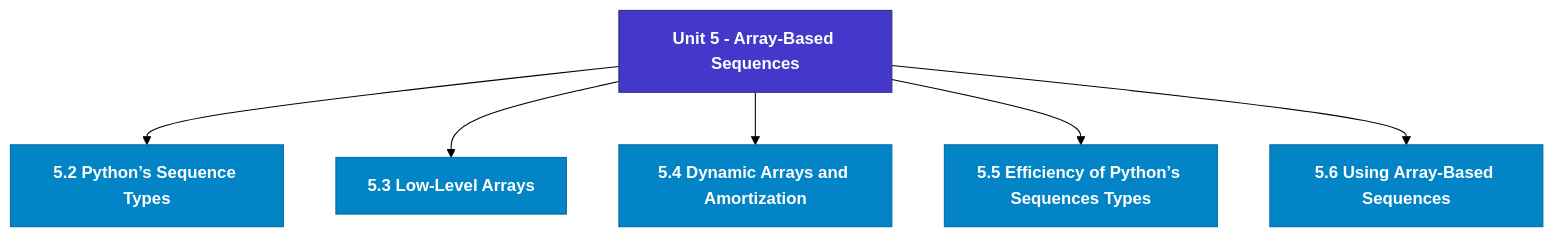
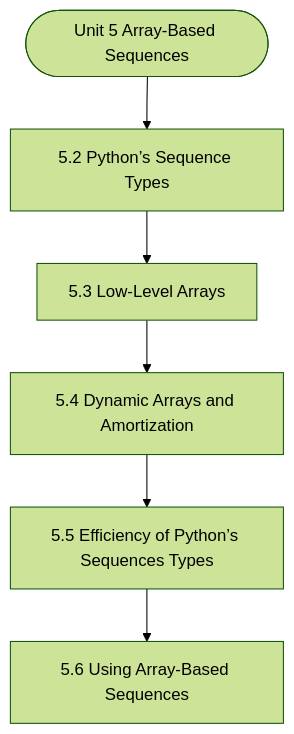
One commit to Asutosh-Coaching/mscdsa changed the diagram in notes/Semester_1/MCS-063_Data_Structures_using_Python/unit_05_Array-Based_Sequences.md. Above: the diagram before and after it, drawn with Mermaid (forest theme). The commit also changed other lines of this file and 115 other files, not shown here.

Commit message:
Fix Mermaid layout for mobile, isolate LaTeX delimiters, and add GitHub Pages reader

````diff
--- a/notes/Semester_1/MCS-063_Data_Structures_using_Python/unit_05_Array-Based_Sequences.md
+++ b/notes/Semester_1/MCS-063_Data_Structures_using_Python/unit_05_Array-Based_Sequences.md
@@ -19,19 +19,14 @@
 ```mermaid
 flowchart TD
-  %% Styling Definitions
-  classDef head fill:#4338ca,stroke:#312e81,color:#ffffff,font-weight:bold;
-  classDef topic fill:#0284c7,stroke:#0369a1,color:#ffffff,font-weight:600;
-  classDef sub fill:#1e293b,stroke:#475569,color:#f8fafc;
-
-  Root["Unit 5 - Array-Based Sequences"]:::head
-  M1["5.2 Python’s Sequence Types"]:::topic
-  Root --> M1
-  M2["5.3 Low-Level Arrays"]:::topic
-  Root --> M2
-  M3["5.4 Dynamic Arrays and Amortization"]:::topic
-  Root --> M3
-  M4["5.5 Efficiency of Python’s Sequences Types"]:::topic
-  Root --> M4
-  M5["5.6 Using Array-Based Sequences"]:::topic
-  Root --> M5
+  Start(["Unit 5 Array-Based Sequences"])
+  N1["5.2 Python’s Sequence Types"]
+  N2["5.3 Low-Level Arrays"]
+  N3["5.4 Dynamic Arrays and Amortization"]
+  N4["5.5 Efficiency of Python’s Sequences Types"]
+  N5["5.6 Using Array-Based Sequences"]
+  Start --> N1
+  N1 --> N2
+  N2 --> N3
+  N3 --> N4
+  N4 --> N5
 ```
````
